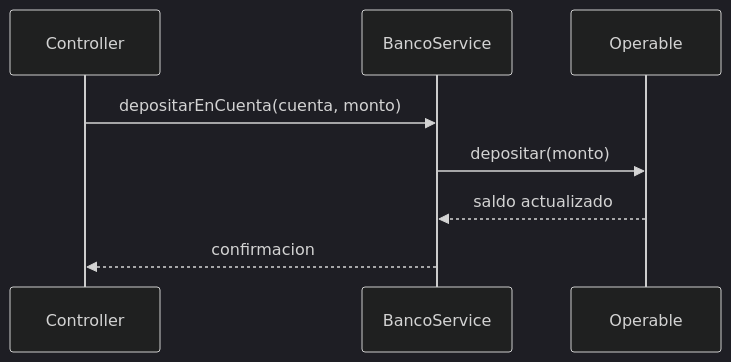
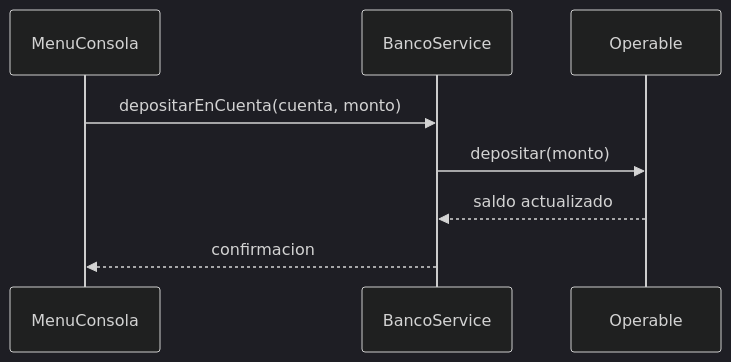
One commit to santiagoSuarez219/nodo-edu changed the third of 4 diagrams in content/cursos/estructuras-de-datos/diseno-con-tad-y-orientacion-a-objetos.mdx. Above: the diagram before and after it, drawn with Mermaid (dark theme). The commit also changed other lines of this file and 19 other files, not shown here.

First line of the commit message:
refactor(estructuras-de-datos): simplify project architecture from four layers to three

````diff
--- a/content/cursos/estructuras-de-datos/diseno-con-tad-y-orientacion-a-objetos.mdx
+++ b/content/cursos/estructuras-de-datos/diseno-con-tad-y-orientacion-a-objetos.mdx
@@ -273,10 +277,10 @@
 ```mermaid
 sequenceDiagram
-  participant Controller
+  participant View as MenuConsola
   participant Service as BancoService
   participant Cuenta as Operable
-  Controller->>Service: depositarEnCuenta(cuenta, monto)
+  View->>Service: depositarEnCuenta(cuenta, monto)
   Service->>Cuenta: depositar(monto)
   Cuenta-->>Service: saldo actualizado
-  Service-->>Controller: confirmacion
+  Service-->>View: confirmacion
 ```
````
